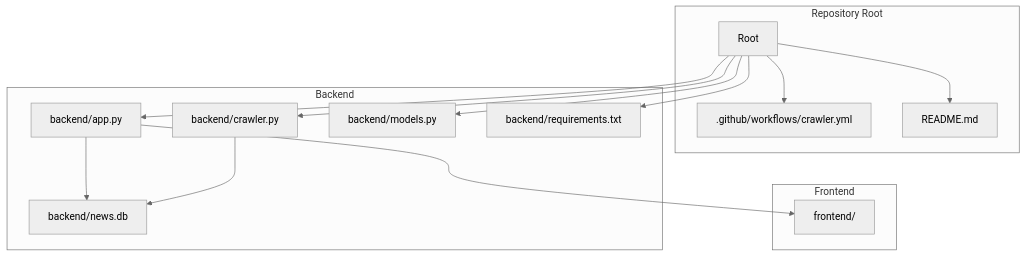
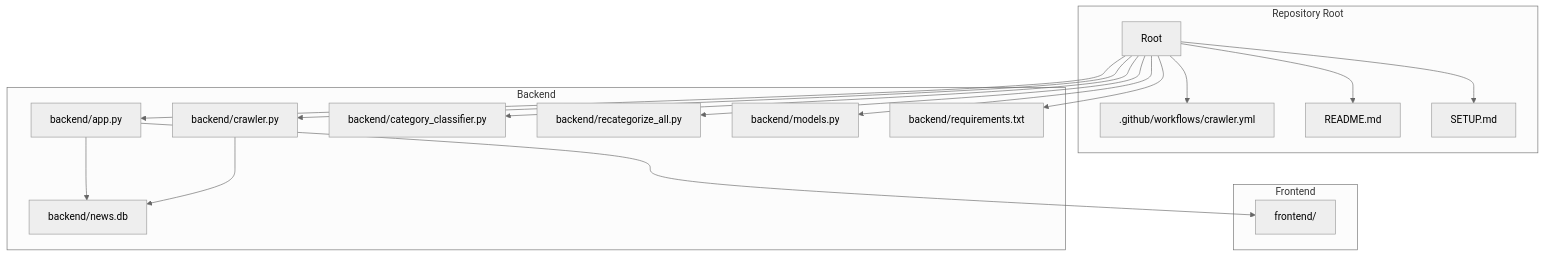
Before and after one commit to zbw-zbw/news-aggregator: the first of 5 diagrams in .qoder/repowiki/en/content/RSS Crawler System/RSS Crawler System.md, drawn with Mermaid (neutral theme). The commit also changed other lines of this file and 9 other files, not shown here.

````diff
--- a/.qoder/repowiki/en/content/RSS Crawler System/RSS Crawler System.md
+++ b/.qoder/repowiki/en/content/RSS Crawler System/RSS Crawler System.md
@@ -40,27 +46,33 @@
 ```mermaid
 graph TB
 subgraph "Repository Root"
 R["Root"]
 G[".github/workflows/crawler.yml"]
 RD["README.md"]
+ST["SETUP.md"]
 end
 subgraph "Backend"
 A["backend/app.py"]
 C["backend/crawler.py"]
+CC["backend/category_classifier.py"]
+RC["backend/recategorize_all.py"]
 M["backend/models.py"]
 REQ["backend/requirements.txt"]
 DB["backend/news.db"]
 end
 subgraph "Frontend"
 F["frontend/"]
 end
 R --> G
 R --> RD
+R --> ST
 R --> A
 R --> C
+R --> CC
+R --> RC
 R --> M
 R --> REQ
 A --> DB
 C --> DB
 A --> F
 ```
````
